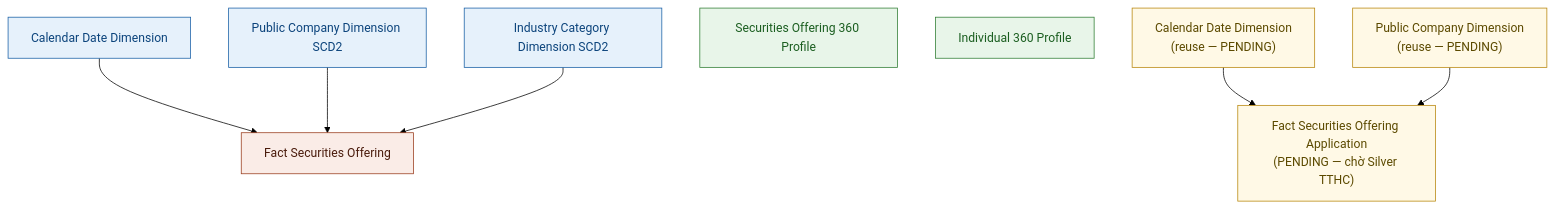
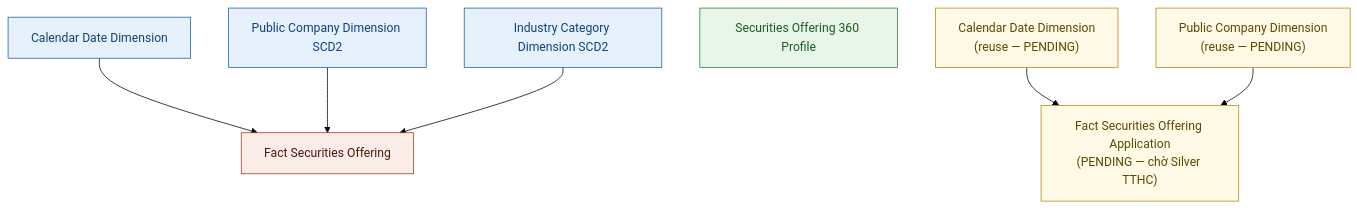
One commit to linhlvit/ubck_atomic_design changed diagram 14 of 14 in Gold/hld/GOLD_QLCB_HLD.md. Above: the diagram before and after it, drawn with Mermaid (forest theme). The commit also changed other lines of this file, not shown here.

````diff
--- a/Gold/hld/GOLD_QLCB_HLD.md
+++ b/Gold/hld/GOLD_QLCB_HLD.md
@@ -1251,30 +720,26 @@
 ```mermaid
 graph TB
     classDef dim fill:#E6F1FB,stroke:#185FA5,color:#0C447C
     classDef fact fill:#FAECE7,stroke:#993C1D,color:#4A1B0C
     classDef oper fill:#E8F5E9,stroke:#2E7D32,color:#1B5E20
     classDef pending fill:#FFF9E6,stroke:#B8860B,color:#5C4A00
 
     DIM_DATE["Calendar Date Dimension"]:::dim
     DIM_COMPANY["Public Company Dimension SCD2"]:::dim
     DIM_INDUSTRY["Industry Category Dimension SCD2"]:::dim
 
     FACT_OFF["Fact Securities Offering"]:::fact
 
     OPR_OFF["Securities Offering 360 Profile"]:::oper
-    OPR_IND["Individual 360 Profile"]:::oper
 
-    FACT_APP["Fact Securities Offering Application
-(PENDING — chờ Silver TTHC)"]:::pending
-    DIM_DATE2["Calendar Date Dimension
-(reuse — PENDING)"]:::pending
-    DIM_COMP2["Public Company Dimension
-(reuse — PENDING)"]:::pending
+    FACT_APP["Fact Securities Offering Application\n(PENDING — chờ Silver TTHC)"]:::pending
+    DIM_DATE2["Calendar Date Dimension\n(reuse — PENDING)"]:::pending
+    DIM_COMP2["Public Company Dimension\n(reuse — PENDING)"]:::pending
 
     DIM_DATE --> FACT_OFF
     DIM_COMPANY --> FACT_OFF
     DIM_INDUSTRY --> FACT_OFF
 
     DIM_DATE2 --> FACT_APP
     DIM_COMP2 --> FACT_APP
 ```
````
